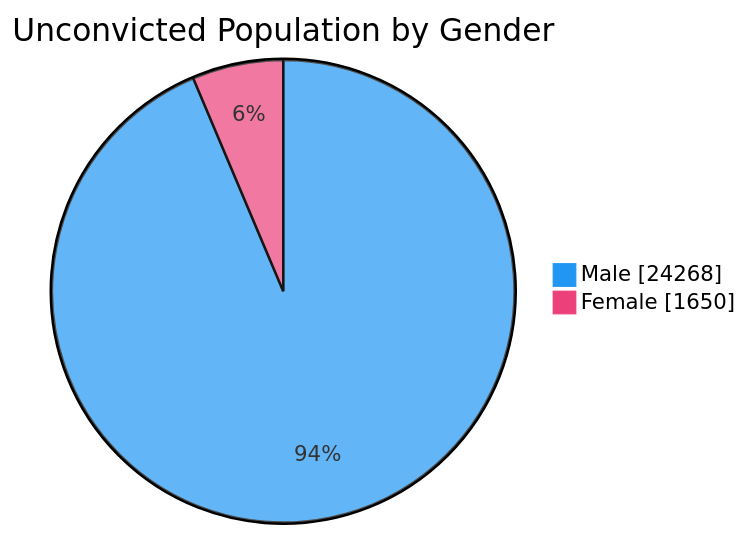
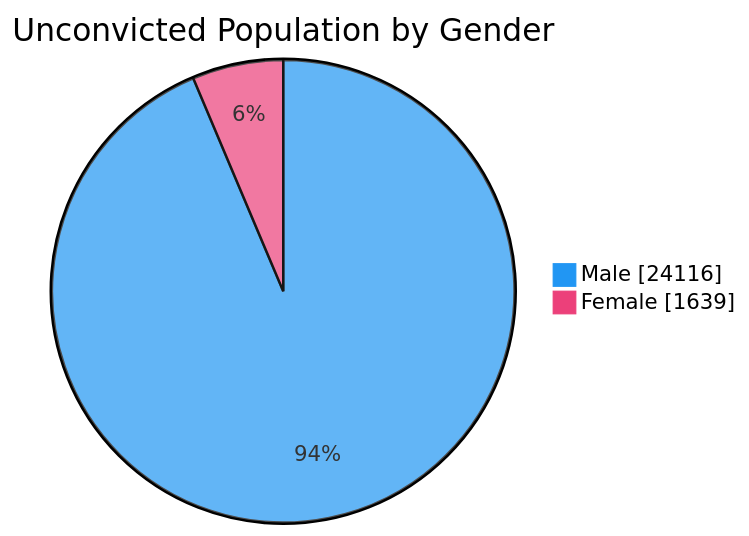
One commit to nuuuwan/lk_prisons changed the fourth of 7 diagrams in README.md. Above: the diagram before and after it, drawn with Mermaid. The commit also changed other lines of this file and 1 other file, not shown here.

````diff
--- a/README.md
+++ b/README.md
@@ -76,6 +76,6 @@
 ```mermaid
 %%{init: {'themeVariables': {'pie1': '#2196F3', 'pie2': '#EC407A'}}}%%
 pie showData title Unconvicted Population by Gender
-    "Male" : 24268
-    "Female" : 1650
+    "Male" : 24116
+    "Female" : 1639
 ```
````
